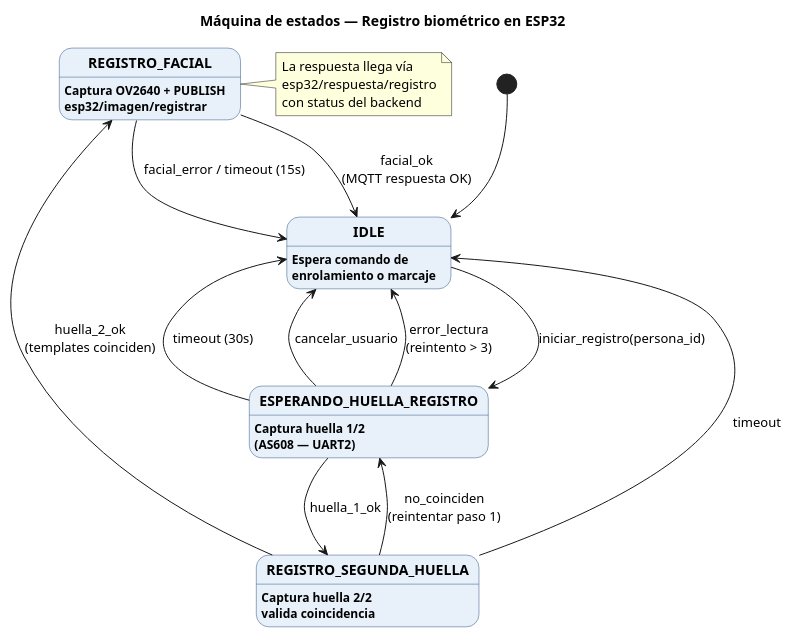
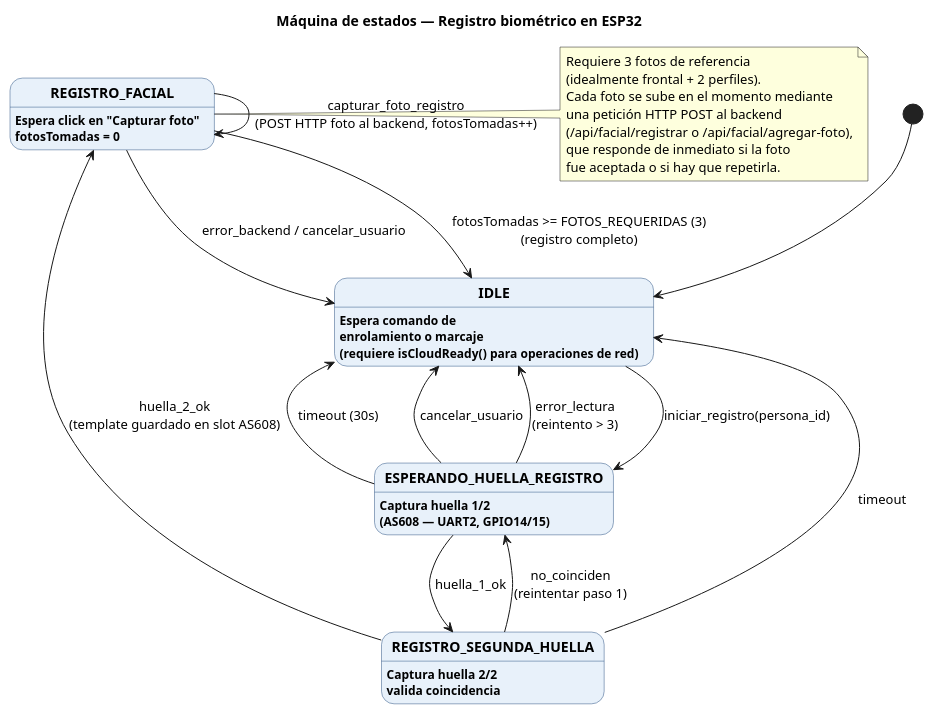
One commit to BorgTb/AsistenciaBackendFinal changed the diagram in Informe/diagrams/03_maquina_estados_esp32.puml. Above: the diagram before and after it, drawn with PlantUML. The commit also changed 218 other files, not shown here.

```diff
--- a/Informe/diagrams/03_maquina_estados_esp32.puml
+++ b/Informe/diagrams/03_maquina_estados_esp32.puml
@@ -1,37 +1,42 @@
 @startuml maquina_estados_esp32
 title Máquina de estados — Registro biométrico en ESP32
 
 skinparam shadowing false
 skinparam state {
   BackgroundColor #E8F1FA
   BorderColor #2C5282
   FontStyle bold
 }
 
 [*] --> IDLE
 
-IDLE : Espera comando de\nenrolamiento o marcaje
+IDLE : Espera comando de\nenrolamiento o marcaje\n(requiere isCloudReady() para operaciones de red)
 IDLE --> ESPERANDO_HUELLA_REGISTRO : iniciar_registro(persona_id)
 
-ESPERANDO_HUELLA_REGISTRO : Captura huella 1/2\n(AS608 — UART2)
+ESPERANDO_HUELLA_REGISTRO : Captura huella 1/2\n(AS608 — UART2, GPIO14/15)
 ESPERANDO_HUELLA_REGISTRO --> REGISTRO_SEGUNDA_HUELLA : huella_1_ok
 ESPERANDO_HUELLA_REGISTRO --> IDLE : timeout (30s)
 ESPERANDO_HUELLA_REGISTRO --> IDLE : cancelar_usuario
 ESPERANDO_HUELLA_REGISTRO --> IDLE : error_lectura\n(reintento > 3)
 
 REGISTRO_SEGUNDA_HUELLA : Captura huella 2/2\nvalida coincidencia
-REGISTRO_SEGUNDA_HUELLA --> REGISTRO_FACIAL : huella_2_ok\n(templates coinciden)
+REGISTRO_SEGUNDA_HUELLA --> REGISTRO_FACIAL : huella_2_ok\n(template guardado en slot AS608)
 REGISTRO_SEGUNDA_HUELLA --> ESPERANDO_HUELLA_REGISTRO : no_coinciden\n(reintentar paso 1)
 REGISTRO_SEGUNDA_HUELLA --> IDLE : timeout
 
-REGISTRO_FACIAL : Captura OV2640 + PUBLISH\nesp32/imagen/registrar
-REGISTRO_FACIAL --> IDLE : facial_ok\n(MQTT respuesta OK)
-REGISTRO_FACIAL --> IDLE : facial_error / timeout (15s)
+REGISTRO_FACIAL : Espera click en "Capturar foto"\nfotosTomadas = 0
+REGISTRO_FACIAL --> REGISTRO_FACIAL : capturar_foto_registro\n(POST HTTP foto al backend, fotosTomadas++)
+REGISTRO_FACIAL --> IDLE : fotosTomadas >= FOTOS_REQUERIDAS (3)\n(registro completo)
+REGISTRO_FACIAL --> IDLE : error_backend / cancelar_usuario
 
 note right of REGISTRO_FACIAL
-  La respuesta llega vía
-  esp32/respuesta/registro
-  con status del backend
+  Requiere 3 fotos de referencia
+  (idealmente frontal + 2 perfiles).
+  Cada foto se sube en el momento mediante
+  una petición HTTP POST al backend
+  (/api/facial/registrar o /api/facial/agregar-foto),
+  que responde de inmediato si la foto
+  fue aceptada o si hay que repetirla.
 end note
 
 @enduml
```
